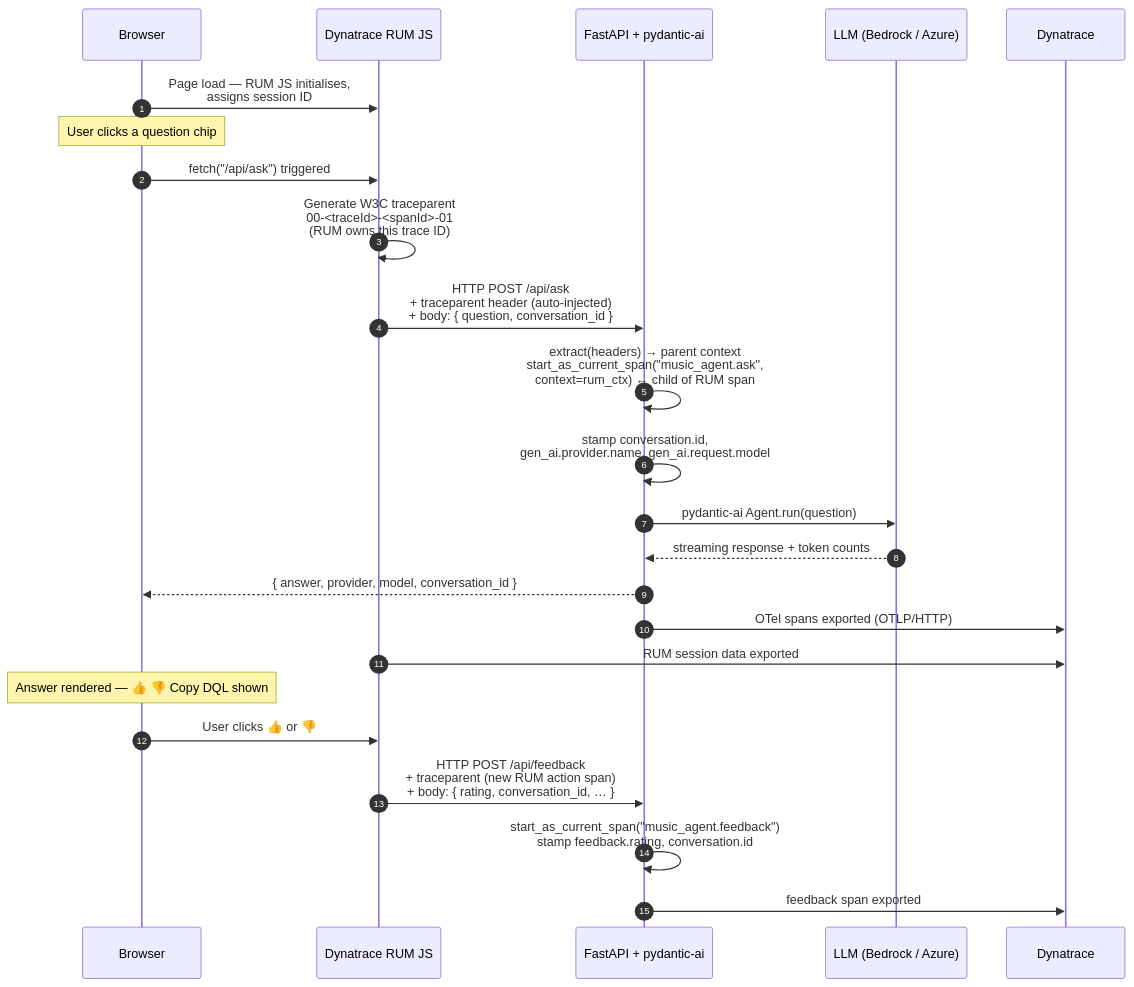
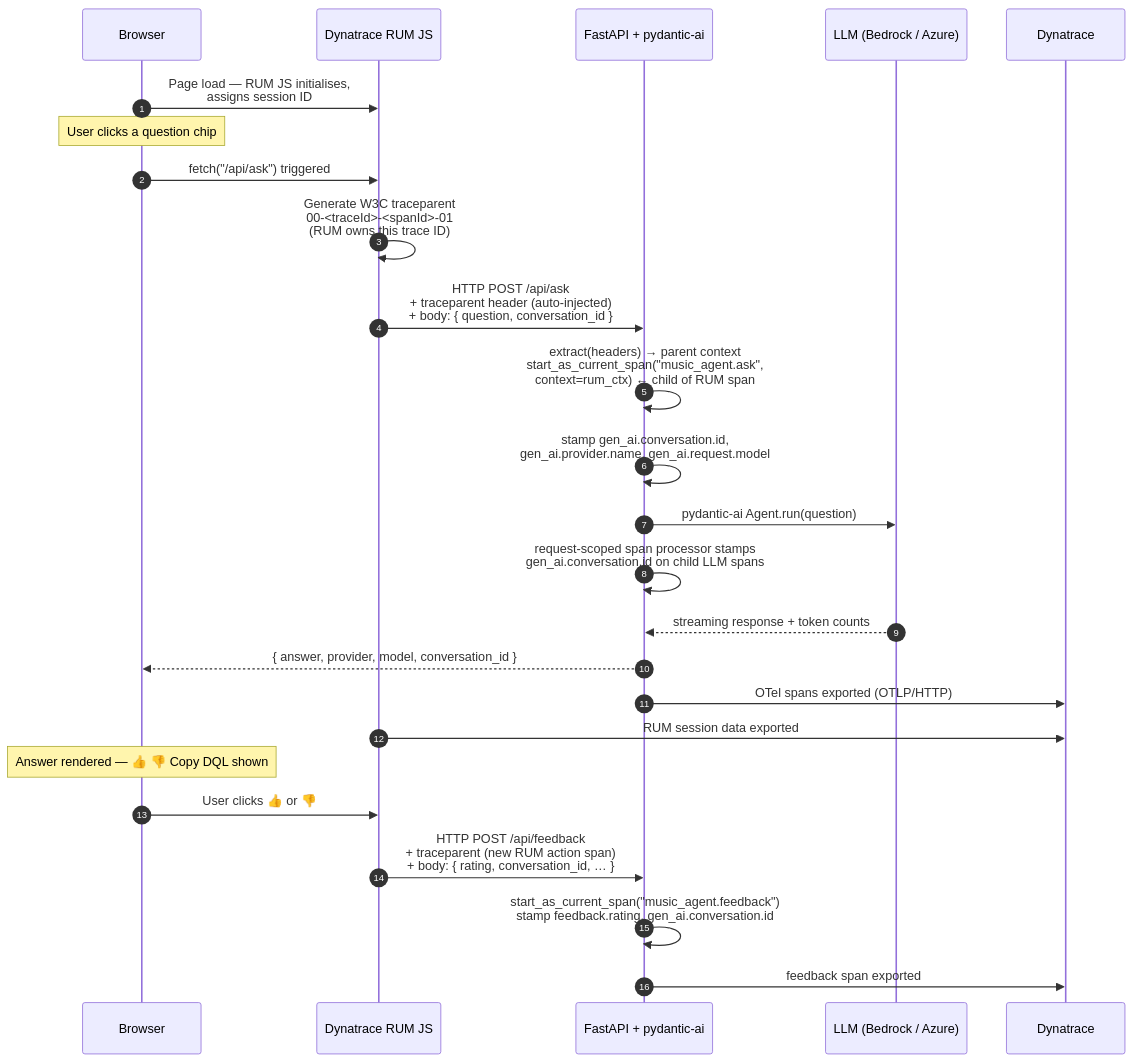
The diagram in real-user-monitoring-frontends/README.md (dynatrace-oss/dynatrace-ai-agent-instrumentation-examples), drawn with Mermaid before and after one commit. The commit also changed other lines of this file and 3 other files, not shown here.

Commit message:
Fix GenAI conversation ID correlation

````diff
--- a/real-user-monitoring-frontends/README.md
+++ b/real-user-monitoring-frontends/README.md
@@ -11,33 +11,34 @@
 ```mermaid
 sequenceDiagram
     autonumber
     participant Browser
     participant DT_RUM as Dynatrace RUM JS
     participant Backend as FastAPI + pydantic-ai
     participant LLM as LLM (Bedrock / Azure)
     participant DT as Dynatrace
 
     Browser->>DT_RUM: Page load — RUM JS initialises,<br/>assigns session ID
     Note over Browser: User clicks a question chip
 
     Browser->>DT_RUM: fetch("/api/ask") triggered
     DT_RUM->>DT_RUM: Generate W3C traceparent<br/>00-<traceId>-<spanId>-01<br/>(RUM owns this trace ID)
     DT_RUM->>Backend: HTTP POST /api/ask<br/>+ traceparent header (auto-injected)<br/>+ body: { question, conversation_id }
 
     Backend->>Backend: extract(headers) → parent context<br/>start_as_current_span("music_agent.ask",<br/>  context=rum_ctx)   ← child of RUM span
-    Backend->>Backend: stamp conversation.id,<br/>gen_ai.provider.name, gen_ai.request.model
+    Backend->>Backend: stamp gen_ai.conversation.id,<br/>gen_ai.provider.name, gen_ai.request.model
 
     Backend->>LLM: pydantic-ai Agent.run(question)
+    Backend->>Backend: request-scoped span processor stamps<br/>gen_ai.conversation.id on child LLM spans
     LLM-->>Backend: streaming response + token counts
 
     Backend-->>Browser: { answer, provider, model, conversation_id }
     Backend->>DT: OTel spans exported (OTLP/HTTP)
     DT_RUM->>DT: RUM session data exported
 
     Note over Browser: Answer rendered — 👍 👎 Copy DQL shown
 
     Browser->>DT_RUM: User clicks 👍 or 👎
     DT_RUM->>Backend: HTTP POST /api/feedback<br/>+ traceparent (new RUM action span)<br/>+ body: { rating, conversation_id, … }
-    Backend->>Backend: start_as_current_span("music_agent.feedback")<br/>stamp feedback.rating, conversation.id
+    Backend->>Backend: start_as_current_span("music_agent.feedback")<br/>stamp feedback.rating, gen_ai.conversation.id
     Backend->>DT: feedback span exported
 ```
````
